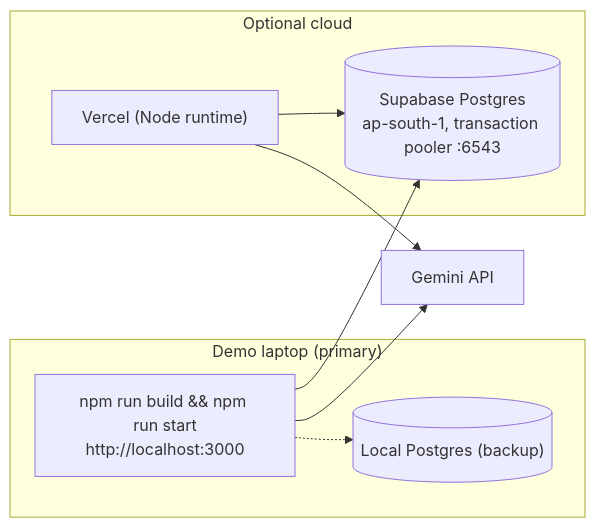
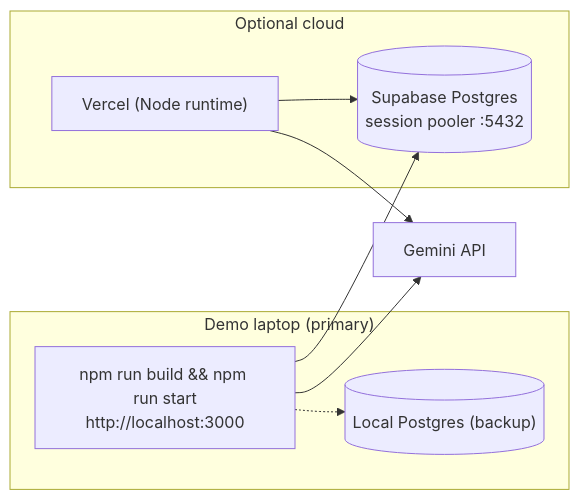
Diagram 21 of 21 in architecture.md (rushshah973/pharmaos), drawn with Mermaid before and after one commit. The commit also changed other lines of this file and 20 other files, not shown here.

````diff
--- a/architecture.md
+++ b/architecture.md
@@ -701,16 +701,16 @@
 ```mermaid
 flowchart LR
     subgraph local["Demo laptop (primary)"]
         dev["npm run build && npm run start<br/>http://localhost:3000"]
         lpg[("Local Postgres (backup)")]
     end
     subgraph cloud["Optional cloud"]
         vercel["Vercel (Node runtime)"]
-        supa[("Supabase Postgres<br/>ap-south-1, transaction pooler :6543")]
+        supa[("Supabase Postgres<br/>session pooler :5432")]
     end
     dev --> supa
     dev -.-> lpg
     vercel --> supa
     dev --> gemini["Gemini API"]
     vercel --> gemini
 ```
````
